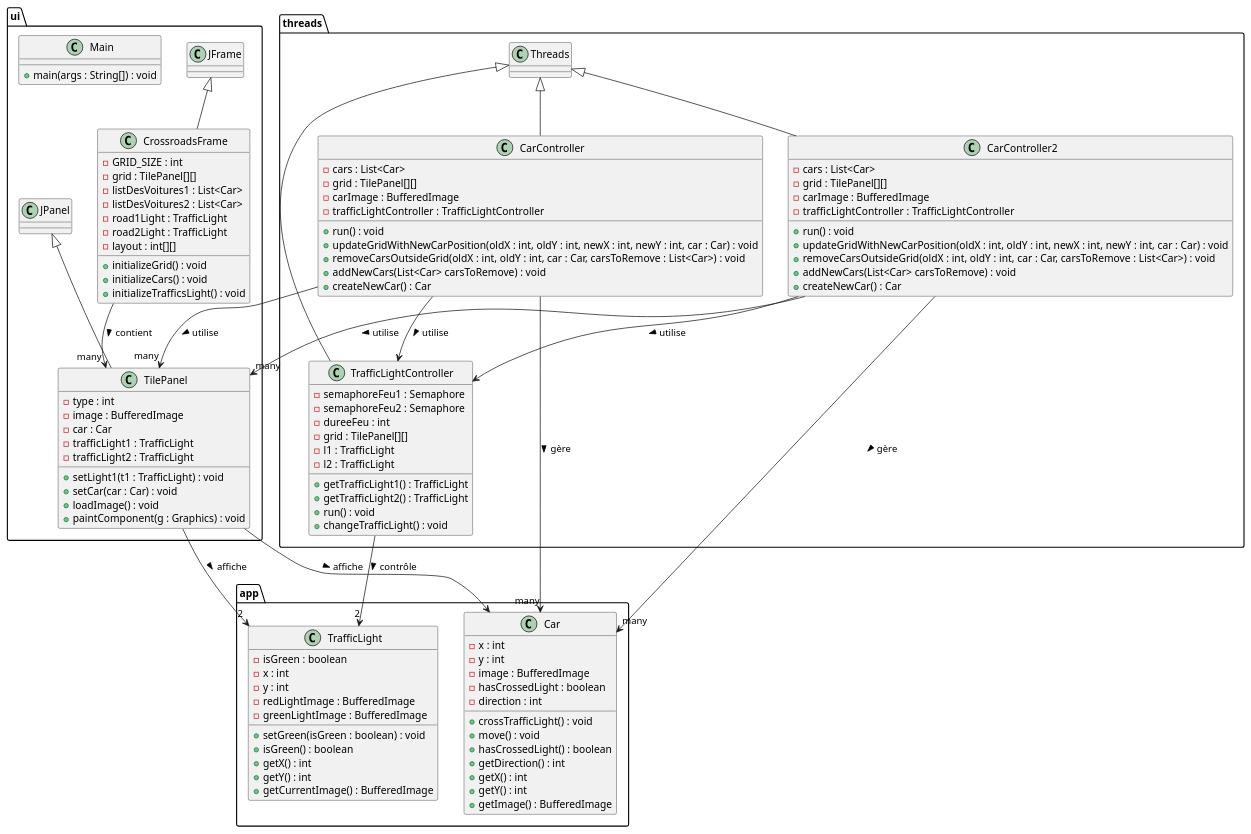
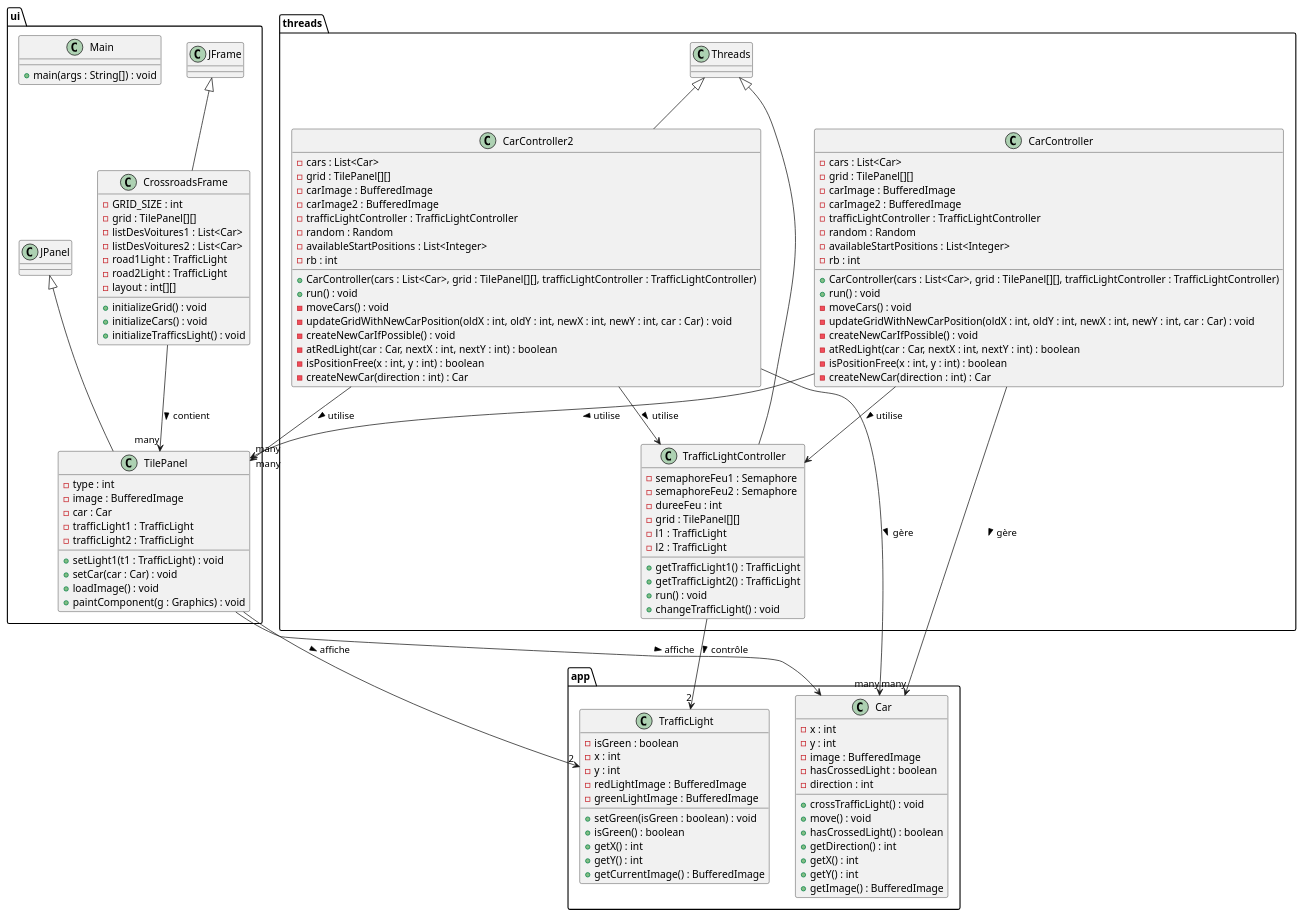
The diagram in src/resources/diagramme_classe.puml (albigrainca/Crossroads), drawn with PlantUML before and after one commit.

Commit message:
updated diagram puml

```diff
--- a/src/resources/diagramme_classe.puml
+++ b/src/resources/diagramme_classe.puml
@@ -1,114 +1,130 @@
 @startuml
 
 package app {
     class Car {
         - x : int
         - y : int
         - image : BufferedImage
         - hasCrossedLight : boolean
         - direction : int
         + crossTrafficLight() : void
         + move() : void
         + hasCrossedLight() : boolean
         + getDirection() : int
         + getX() : int
         + getY() : int
         + getImage() : BufferedImage
     }
 
     class TrafficLight {
         - isGreen : boolean
         - x : int
         - y : int
         - redLightImage : BufferedImage
         - greenLightImage : BufferedImage
         + setGreen(isGreen : boolean) : void
         + isGreen() : boolean
         + getX() : int
         + getY() : int
         + getCurrentImage() : BufferedImage
     }
 }
 
 package threads {
-    class CarController extends Threads {
+    class CarController {
         - cars : List<Car>
         - grid : TilePanel[][]
         - carImage : BufferedImage
+        - carImage2 : BufferedImage
         - trafficLightController : TrafficLightController
+        - random : Random
+        - availableStartPositions : List<Integer>
+        - rb : int
+
+        + CarController(cars : List<Car>, grid : TilePanel[][], trafficLightController : TrafficLightController)
         + run() : void
-        + updateGridWithNewCarPosition(oldX : int, oldY : int, newX : int, newY : int, car : Car) : void
-        + removeCarsOutsideGrid(oldX : int, oldY : int, car : Car, carsToRemove : List<Car>) : void
-        + addNewCars(List<Car> carsToRemove) : void
-        + createNewCar() : Car
+        - moveCars() : void
+        - updateGridWithNewCarPosition(oldX : int, oldY : int, newX : int, newY : int, car : Car) : void
+        - createNewCarIfPossible() : void
+        - atRedLight(car : Car, nextX : int, nextY : int) : boolean
+        - isPositionFree(x : int, y : int) : boolean
+        - createNewCar(direction : int) : Car
     }
 
     class CarController2 extends Threads {
         - cars : List<Car>
         - grid : TilePanel[][]
         - carImage : BufferedImage
+        - carImage2 : BufferedImage
         - trafficLightController : TrafficLightController
+        - random : Random
+        - availableStartPositions : List<Integer>
+        - rb : int
+
+        + CarController(cars : List<Car>, grid : TilePanel[][], trafficLightController : TrafficLightController)
         + run() : void
-        + updateGridWithNewCarPosition(oldX : int, oldY : int, newX : int, newY : int, car : Car) : void
-        + removeCarsOutsideGrid(oldX : int, oldY : int, car : Car, carsToRemove : List<Car>) : void
-        + addNewCars(List<Car> carsToRemove) : void
-        + createNewCar() : Car
+        - moveCars() : void
+        - updateGridWithNewCarPosition(oldX : int, oldY : int, newX : int, newY : int, car : Car) : void
+        - createNewCarIfPossible() : void
+        - atRedLight(car : Car, nextX : int, nextY : int) : boolean
+        - isPositionFree(x : int, y : int) : boolean
+        - createNewCar(direction : int) : Car
     }
 
     class TrafficLightController extends Threads {
         - semaphoreFeu1 : Semaphore
         - semaphoreFeu2 : Semaphore
         - dureeFeu : int
         - grid : TilePanel[][]
         - l1 : TrafficLight
         - l2 : TrafficLight
         + getTrafficLight1() : TrafficLight
         + getTrafficLight2() : TrafficLight
         + run() : void
         + changeTrafficLight() : void
     }
 }
 
 package ui {
     class CrossroadsFrame extends JFrame {
         - GRID_SIZE : int
         - grid : TilePanel[][]
         - listDesVoitures1 : List<Car>
         - listDesVoitures2 : List<Car>
         - road1Light : TrafficLight
         - road2Light : TrafficLight
         - layout : int[][]
         + initializeGrid() : void
         + initializeCars() : void
         + initializeTrafficsLight() : void
     }
 
         class Main {
             + main(args : String[]) : void
         }
 
         class TilePanel extends JPanel {
             - type : int
             - image : BufferedImage
             - car : Car
             - trafficLight1 : TrafficLight
             - trafficLight2 : TrafficLight
             + setLight1(t1 : TrafficLight) : void
             + setCar(car : Car) : void
             + loadImage() : void
             + paintComponent(g : Graphics) : void
         }
 }
 
 CarController --> "many" Car : gère >
 CarController --> "many" TilePanel : utilise >
 CarController --> TrafficLightController : utilise >
 CarController2 --> "many" Car : gère >
 CarController2 --> "many" TilePanel : utilise >
 CarController2 --> TrafficLightController : utilise >
 TrafficLightController --> "2" TrafficLight : contrôle >
 CrossroadsFrame --> "many" TilePanel : contient >
 TilePanel --> Car : affiche >
 TilePanel --> "2" TrafficLight : affiche >
 
 @enduml
```
